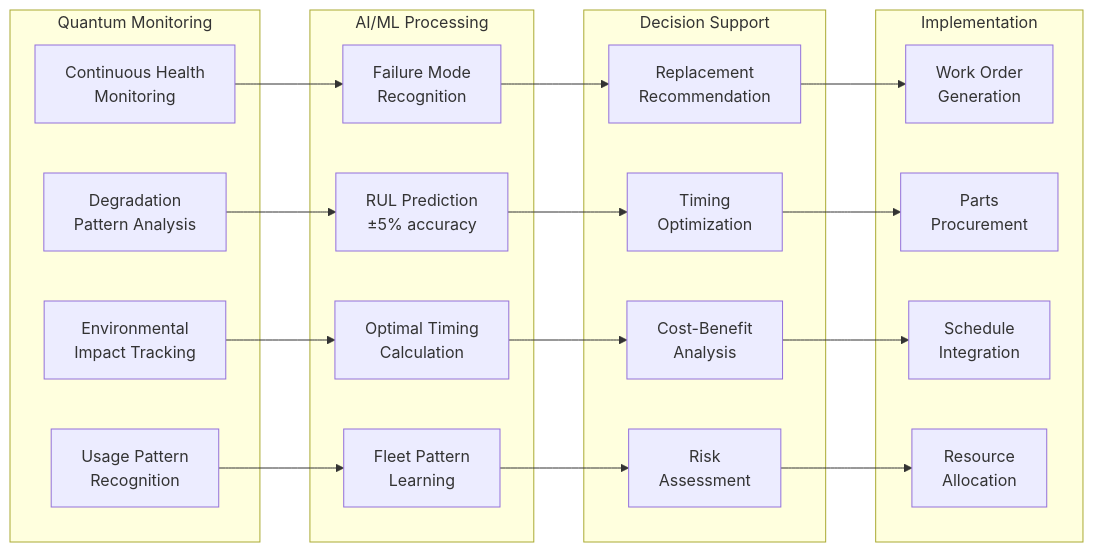
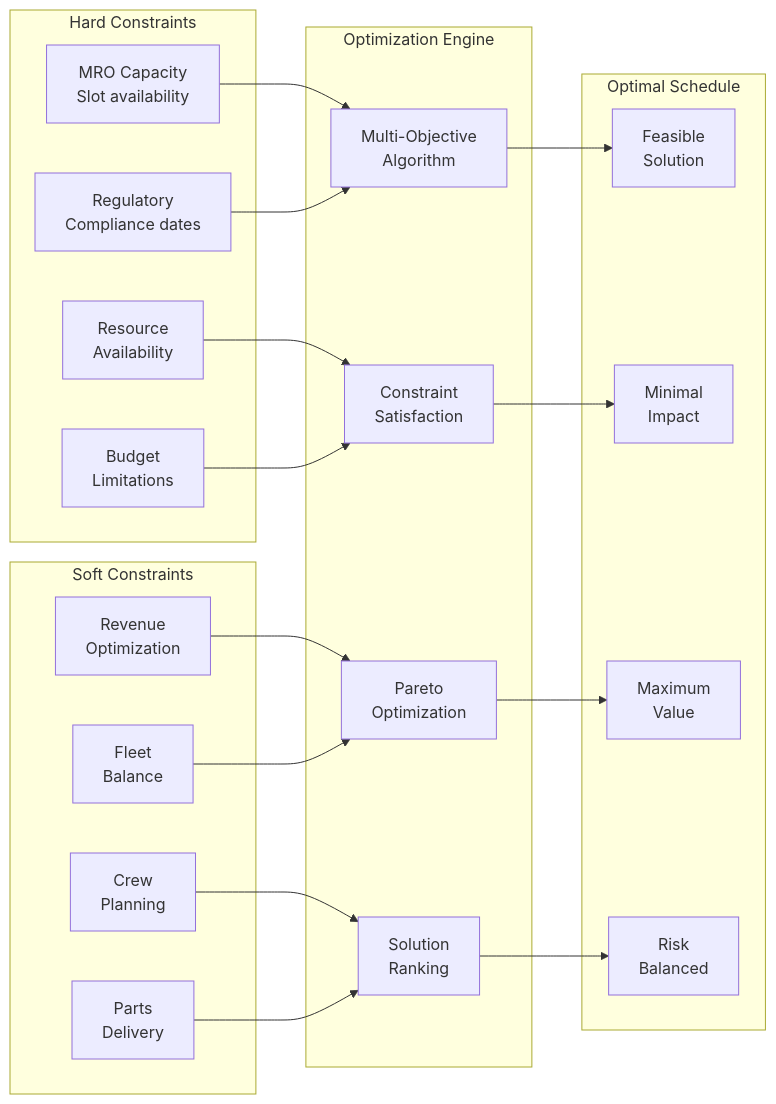
One commit to Robbbo-T/GAIA-QAO-ADVENT changed the third of 7 diagrams in Q-AIR/fleet/AMPEL360/BWBQ100/docs/ATA-chapters/ATA-05-TimeLimits/ 05-10-00-00-TimeLimits/05-10-10-00-LifeLimits/05-10-20-00-ServiceLife/ schedules/05-10-20-01-01-OverhaulSchedule.md. Above: the diagram before and after it, drawn with Mermaid. The commit also changed other lines of this file, not shown here.

````diff
--- a/Q-AIR/fleet/AMPEL360/BWBQ100/docs/ATA-chapters/ATA-05-TimeLimits/ 05-10-00-00-TimeLimits/05-10-10-00-LifeLimits/05-10-20-00-ServiceLife/ schedules/05-10-20-01-01-OverhaulSchedule.md
+++ b/Q-AIR/fleet/AMPEL360/BWBQ100/docs/ATA-chapters/ATA-05-TimeLimits/ 05-10-00-00-TimeLimits/05-10-10-00-LifeLimits/05-10-20-00-ServiceLife/ schedules/05-10-20-01-01-OverhaulSchedule.md
@@ -246,45 +383,45 @@
 ```mermaid
 graph LR
-    subgraph "Quantum Monitoring"
-        QM1[Continuous Health<br/>Monitoring]
-        QM2[Degradation<br/>Pattern Analysis]
-        QM3[Environmental<br/>Impact Tracking]
-        QM4[Usage Pattern<br/>Recognition]
+    subgraph "Hard Constraints"
+        HC1[MRO Capacity<br/>Slot availability]
+        HC2[Regulatory<br/>Compliance dates]
+        HC3[Resource<br/>Availability]
+        HC4[Budget<br/>Limitations]
     end
     
-    subgraph "AI/ML Processing"
-        AI1[Failure Mode<br/>Recognition]
-        AI2[RUL Prediction<br/>±5% accuracy]
-        AI3[Optimal Timing<br/>Calculation]
-        AI4[Fleet Pattern<br/>Learning]
+    subgraph "Soft Constraints"
+        SC1[Revenue<br/>Optimization]
+        SC2[Fleet<br/>Balance]
+        SC3[Crew<br/>Planning]
+        SC4[Parts<br/>Delivery]
     end
     
-    subgraph "Decision Support"
-        DS1[Replacement<br/>Recommendation]
-        DS2[Timing<br/>Optimization]
-        DS3[Cost-Benefit<br/>Analysis]
-        DS4[Risk<br/>Assessment]
+    subgraph "Optimization Engine"
+        OE1[Multi-Objective<br/>Algorithm]
+        OE2[Constraint<br/>Satisfaction]
+        OE3[Pareto<br/>Optimization]
+        OE4[Solution<br/>Ranking]
     end
     
-    subgraph "Implementation"
-        IM1[Work Order<br/>Generation]
-        IM2[Parts<br/>Procurement]
-        IM3[Schedule<br/>Integration]
-        IM4[Resource<br/>Allocation]
+    subgraph "Optimal Schedule"
+        OS1[Feasible<br/>Solution]
+        OS2[Minimal<br/>Impact]
+        OS3[Maximum<br/>Value]
+        OS4[Risk<br/>Balanced]
     end
     
-    QM1 --> AI1
-    QM2 --> AI2
-    QM3 --> AI3
-    QM4 --> AI4
+    HC1 --> OE1
+    HC2 --> OE1
+    HC3 --> OE2
+    HC4 --> OE2
     
-    AI1 --> DS1
-    AI2 --> DS2
-    AI3 --> DS3
-    AI4 --> DS4
+    SC1 --> OE3
+    SC2 --> OE3
+    SC3 --> OE4
+    SC4 --> OE4
     
-    DS1 --> IM1
-    DS2 --> IM2
-    DS3 --> IM3
-    DS4 --> IM4
+    OE1 --> OS1
+    OE2 --> OS2
+    OE3 --> OS3
+    OE4 --> OS4
 ```
````
